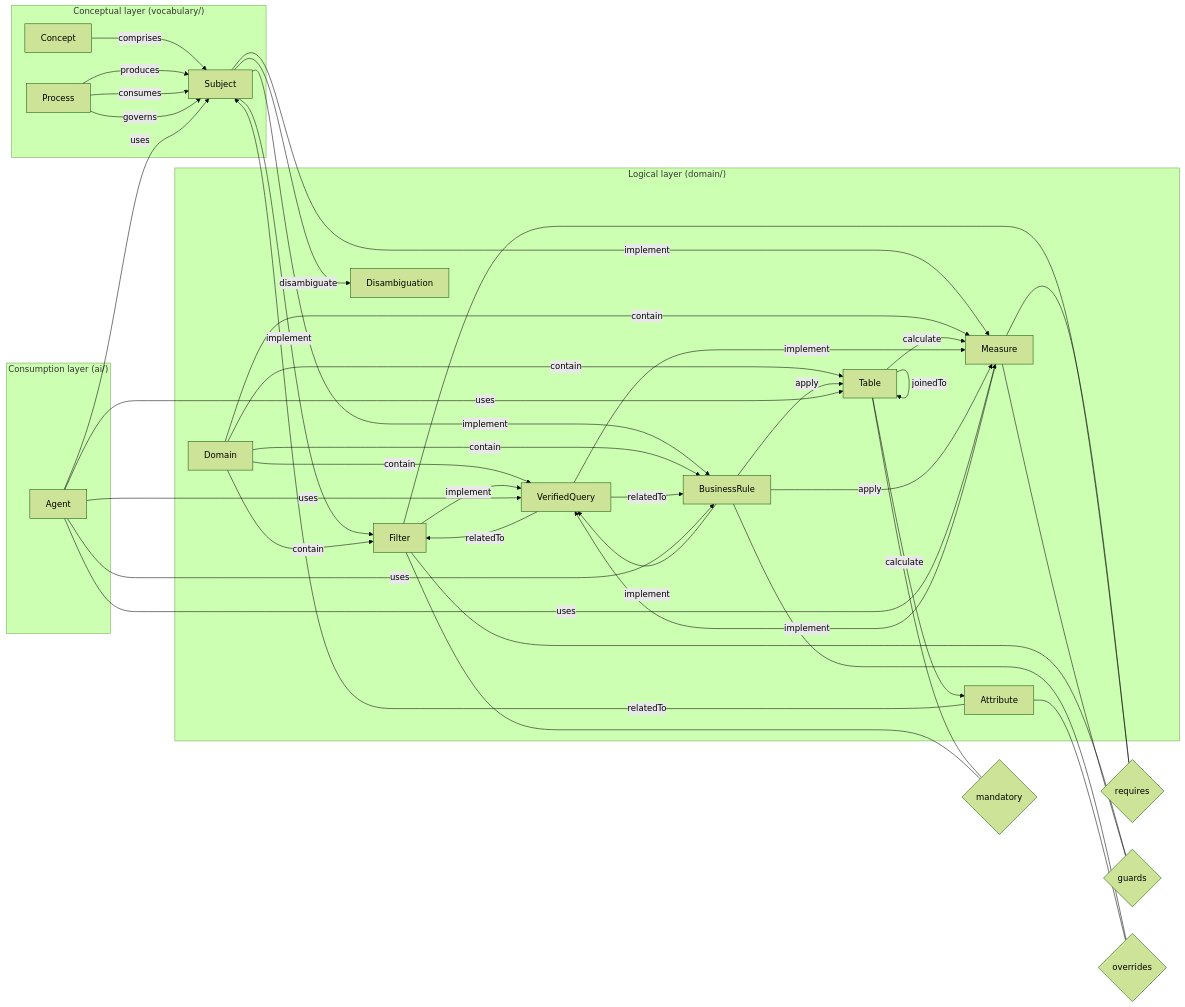
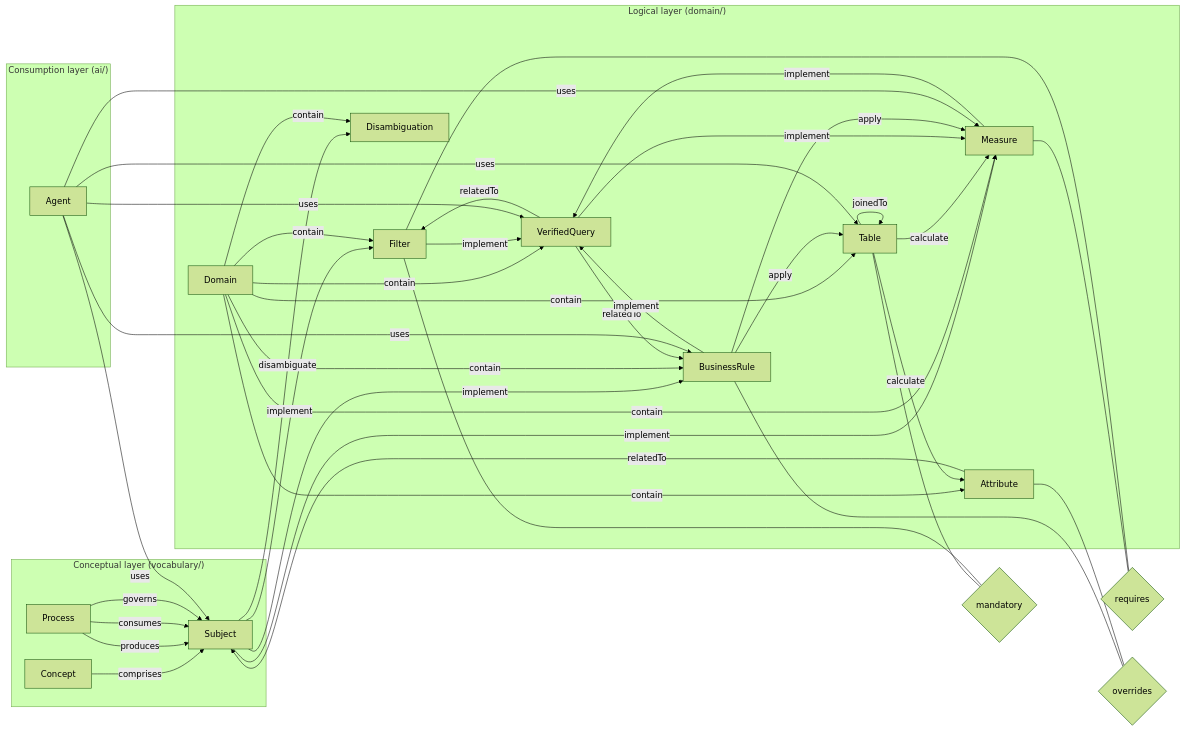
Before and after one commit to epakon/knowledge-graph: the diagram in SPEC.md, drawn with Mermaid (forest theme). The commit also changed other lines of this file and 13 other files, not shown here.

````diff
--- a/SPEC.md
+++ b/SPEC.md
@@ -64,74 +64,73 @@
 ```mermaid
 graph LR
     subgraph conceptual["Conceptual layer (vocabulary/)"]
         Concept["Concept"]
         Subject["Subject"]
         Process["Process"]
     end
 
     subgraph logical["Logical layer (domain/)"]
         Domain["Domain"]
         Table["Table"]
         Measure["Measure"]
         Attribute["Attribute"]
         Filter["Filter"]
         VerifiedQuery["VerifiedQuery"]
         BusinessRule["BusinessRule"]
         Disambiguation["Disambiguation"]
     end
 
     subgraph consumption["Consumption layer (ai/)"]
         Agent["Agent"]
     end
 
     Concept -->|comprises| Subject
     Process -->|produces| Subject
     Process -->|consumes| Subject
     Process -->|governs| Subject
 
     Subject -->|implement| Filter
     Subject -->|implement| Measure
     Subject -->|implement| BusinessRule
     Subject -->|disambiguate| Disambiguation
 
     Domain -->|contain| Table
     Domain -->|contain| Measure
     Domain -->|contain| Filter
     Domain -->|contain| VerifiedQuery
     Domain -->|contain| BusinessRule
+    Domain -->|contain| Attribute
+    Domain -->|contain| Disambiguation
 
     Table -->|calculate| Attribute
     Table -->|calculate| Measure
     Table -->|joinedTo| Table
 
     Table --- mandatory{mandatory}
     Filter --- mandatory
 
     Measure --- requires{requires}
     Filter --- requires
-
-    Filter --- guards{guards}
-    Measure --- guards
 
     BusinessRule --- overrides{overrides}
     Attribute --- overrides
 
     VerifiedQuery -->|implement| Measure
     VerifiedQuery -->|relatedTo| Filter
     VerifiedQuery -->|relatedTo| BusinessRule
 
     BusinessRule -->|apply| Table
     BusinessRule -->|apply| Measure
     BusinessRule -->|implement| VerifiedQuery
 
     Measure -->|implement| VerifiedQuery
     Filter -->|implement| VerifiedQuery
 
     Attribute -->|relatedTo| Subject
 
     Agent -->|uses| Table
     Agent -->|uses| Measure
     Agent -->|uses| BusinessRule
     Agent -->|uses| VerifiedQuery
     Agent -->|uses| Subject
 ```
````
